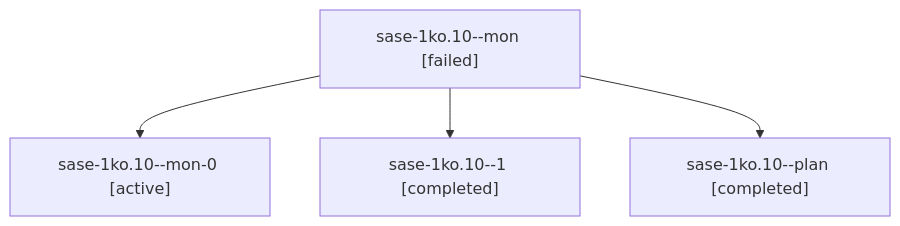
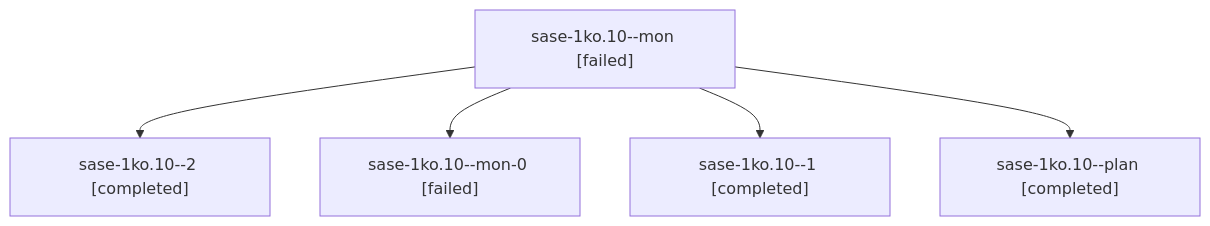
Before and after one commit to sase-org/sase--agents: the diagram in sessions/bbugyi200.apollo.sase-1ko.10.md, drawn with Mermaid. The commit also changed other lines of this file and 68 other files, not shown here.

````diff
--- a/sessions/bbugyi200.apollo.sase-1ko.10.md
+++ b/sessions/bbugyi200.apollo.sase-1ko.10.md
@@ -9,10 +9,12 @@
 ```mermaid
 flowchart TD
   n0["sase-1ko.10--mon [failed]"]
-  n1["sase-1ko.10--mon-0 [active]"]
+  n1["sase-1ko.10--2 [completed]"]
   n0 --> n1
-  n2["sase-1ko.10--1 [completed]"]
+  n2["sase-1ko.10--mon-0 [failed]"]
   n0 --> n2
-  n3["sase-1ko.10--plan [completed]"]
+  n3["sase-1ko.10--1 [completed]"]
   n0 --> n3
+  n4["sase-1ko.10--plan [completed]"]
+  n0 --> n4
 ```
````
